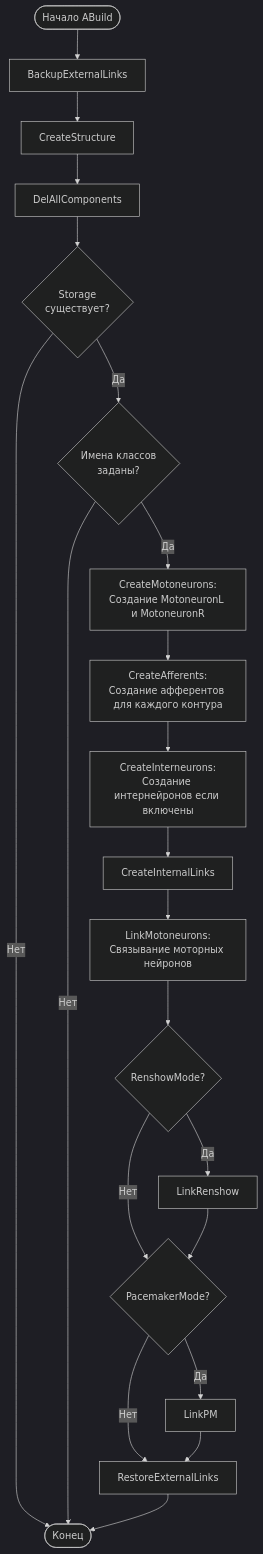
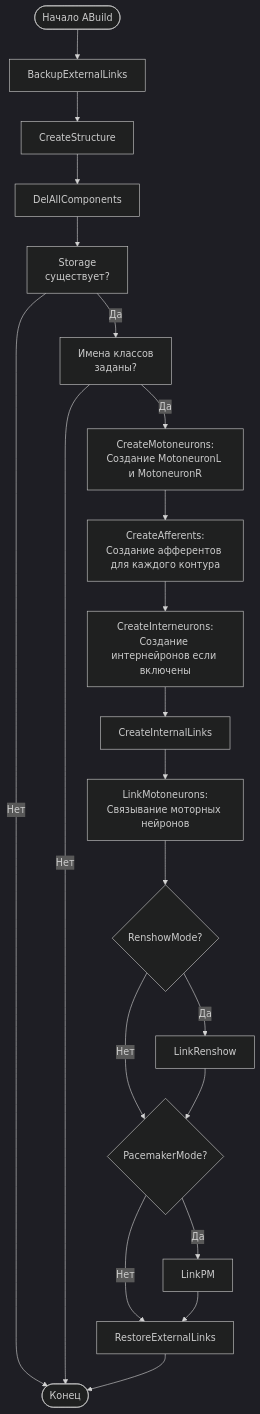
Before and after one commit to aicommunity/Nmsdk-MotionControlLib: the fourth of 5 diagrams in Docs/Components/NNewMotionElement.md, drawn with Mermaid (dark theme). The commit also changed other lines of this file and 39 other files, not shown here.

First line of the commit message:
docs(motion): normalize mermaid node ids with quoted labels

````diff
--- a/Docs/Components/NNewMotionElement.md
+++ b/Docs/Components/NNewMotionElement.md
@@ -135,23 +135,23 @@
 ```mermaid
 flowchart TD
     Start([Начало ABuild]) --> Backup[BackupExternalLinks]
     Backup --> CreateStruct[CreateStructure]
     CreateStruct --> DelAll[DelAllComponents]
-    DelAll --> CheckStorage{Storage<br/>существует?}
+    DelAll --> CheckStorage["Storage<br/>существует?"]
     CheckStorage -->|Нет| End([Конец])
-    CheckStorage -->|Да| CheckNames{Имена классов<br/>заданы?}
+    CheckStorage -->|Да| CheckNames["Имена классов<br/>заданы?"]
     CheckNames -->|Нет| End
-    CheckNames -->|Да| CreateMN[CreateMotoneurons:<br/>Создание MotoneuronL и MotoneuronR]
-    CreateMN --> CreateAff[CreateAfferents:<br/>Создание афферентов для каждого контура]
-    CreateAff --> CreateIN[CreateInterneurons:<br/>Создание интернейронов если включены]
+    CheckNames -->|Да| CreateMN["CreateMotoneurons:<br/>Создание MotoneuronL и MotoneuronR"]
+    CreateMN --> CreateAff["CreateAfferents:<br/>Создание афферентов для каждого контура"]
+    CreateAff --> CreateIN["CreateInterneurons:<br/>Создание интернейронов если включены"]
     CreateIN --> CreateLinks[CreateInternalLinks]
-    CreateLinks --> LinkMN[LinkMotoneurons:<br/>Связывание моторных нейронов]
+    CreateLinks --> LinkMN["LinkMotoneurons:<br/>Связывание моторных нейронов"]
     LinkMN --> CheckRenshow{RenshowMode?}
     CheckRenshow -->|Да| LinkRenshow[LinkRenshow]
     CheckRenshow -->|Нет| CheckPM
     LinkRenshow --> CheckPM{PacemakerMode?}
     CheckPM -->|Да| LinkPM[LinkPM]
     CheckPM -->|Нет| Restore
     LinkPM --> Restore[RestoreExternalLinks]
     Restore --> End
 ```
````
